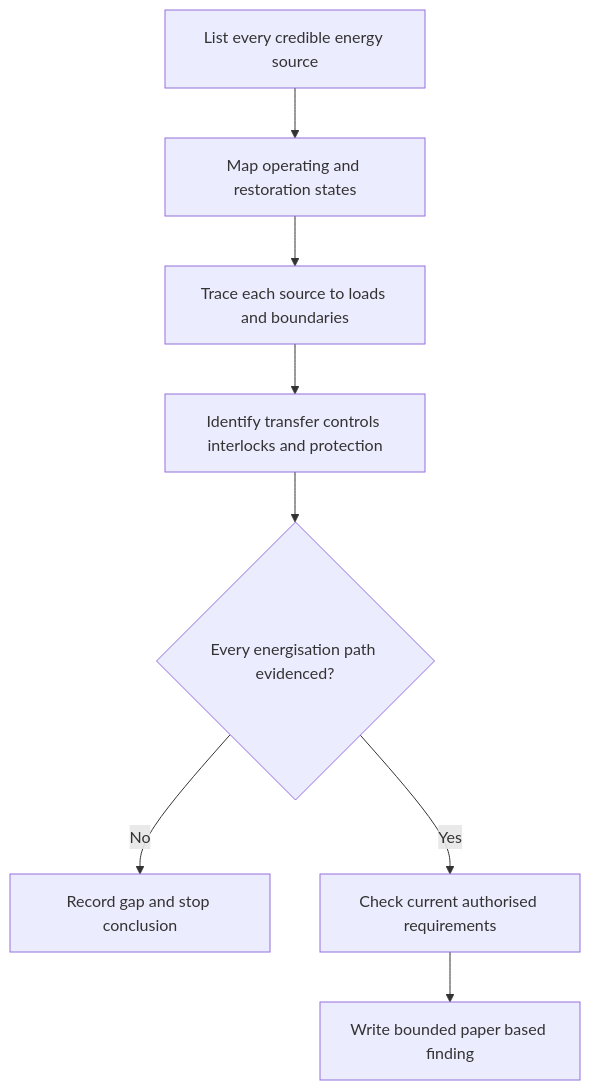
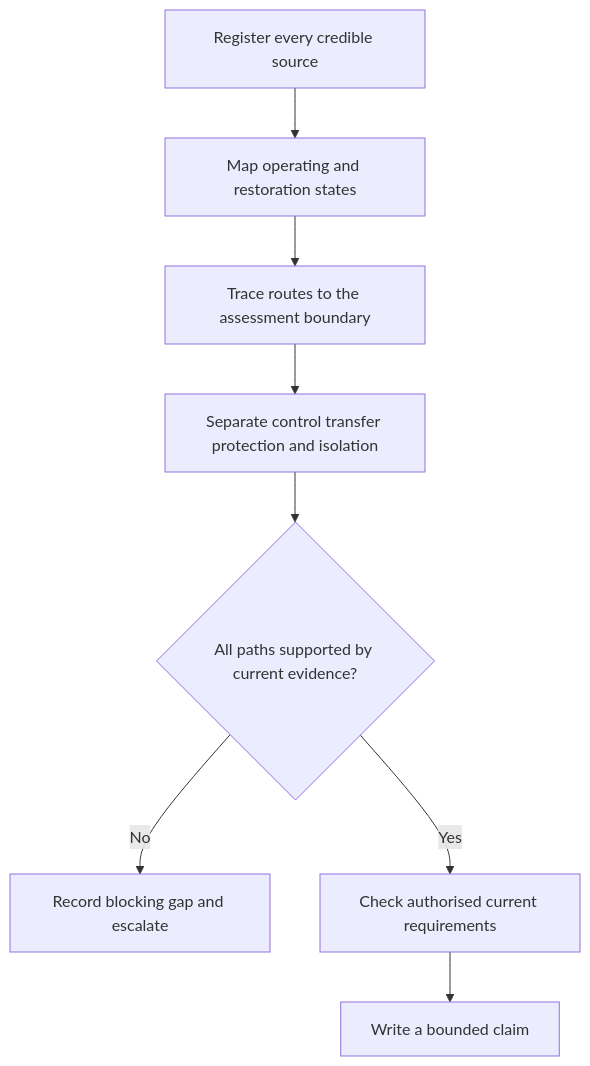
Before and after one commit to andrew3stedall/capstone: the diagram in docs/learning-plans/4-week/modules/day-20c-alternative-and-multiple-supplies-awareness.md, drawn with Mermaid. The commit also changed other lines of this file, not shown here.

````diff
--- a/docs/learning-plans/4-week/modules/day-20c-alternative-and-multiple-supplies-awareness.md
+++ b/docs/learning-plans/4-week/modules/day-20c-alternative-and-multiple-supplies-awareness.md
@@ -131,10 +77,10 @@
 ```mermaid
 flowchart TD
-    A["List every credible energy source"] --> B["Map operating and restoration states"]
-    B --> C["Trace each source to loads and boundaries"]
-    C --> D["Identify transfer controls interlocks and protection"]
-    D --> E{"Every energisation path evidenced?"}
-    E -- No --> F["Record gap and stop conclusion"]
-    E -- Yes --> G["Check current authorised requirements"]
-    G --> H["Write bounded paper based finding"]
+    A[Register every credible source] --> B[Map operating and restoration states]
+    B --> C[Trace routes to the assessment boundary]
+    C --> D[Separate control transfer protection and isolation]
+    D --> E{All paths supported by current evidence?}
+    E -- No --> F[Record blocking gap and escalate]
+    E -- Yes --> G[Check authorised current requirements]
+    G --> H[Write a bounded claim]
 ```
````
